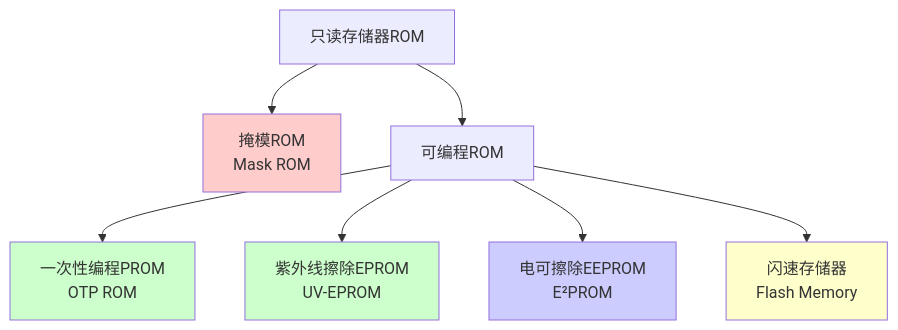
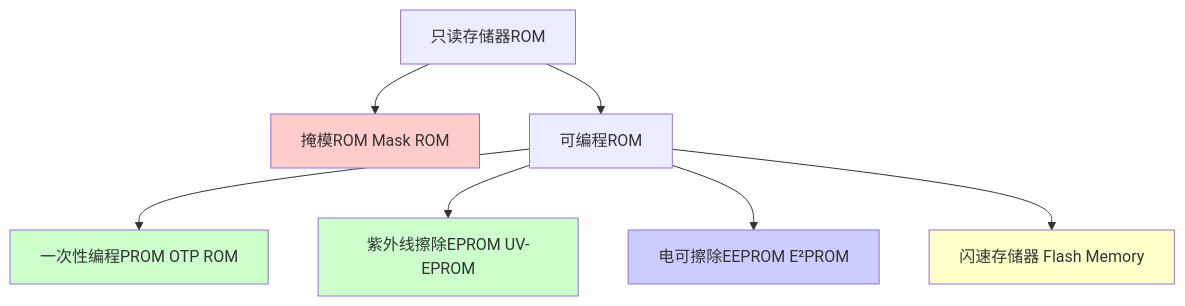
One commit to gilismael826-lgtm/course changed the first of 2 diagrams in 计算机组成原理/notes/章节笔记/第3章-存储系统/第3章-3.4-只读存储器.md. Above: the diagram before and after it, drawn with Mermaid. The commit also changed other lines of this file and 28 other files, not shown here.

````diff
--- a/计算机组成原理/notes/章节笔记/第3章-存储系统/第3章-3.4-只读存储器.md
+++ b/计算机组成原理/notes/章节笔记/第3章-存储系统/第3章-3.4-只读存储器.md
@@ -38,15 +38,15 @@
 ```mermaid
 graph TB
-    A[只读存储器ROM] --> B[掩模ROM<br/>Mask ROM]
+    A[只读存储器ROM] --> B[掩模ROM Mask ROM]
     A --> C[可编程ROM]
-    C --> D[一次性编程PROM<br/>OTP ROM]
-    C --> E[紫外线擦除EPROM<br/>UV-EPROM]
-    C --> F[电可擦除EEPROM<br/>E²PROM]
-    C --> G[闪速存储器<br/>Flash Memory]
+    C --> D[一次性编程PROM OTP ROM]
+    C --> E[紫外线擦除EPROM UV-EPROM]
+    C --> F[电可擦除EEPROM E²PROM]
+    C --> G[闪速存储器 Flash Memory]
     
     style B fill:#ffcccc
     style D fill:#ccffcc
     style E fill:#ccffcc
     style F fill:#ccccff
     style G fill:#ffffcc
 ```
````
